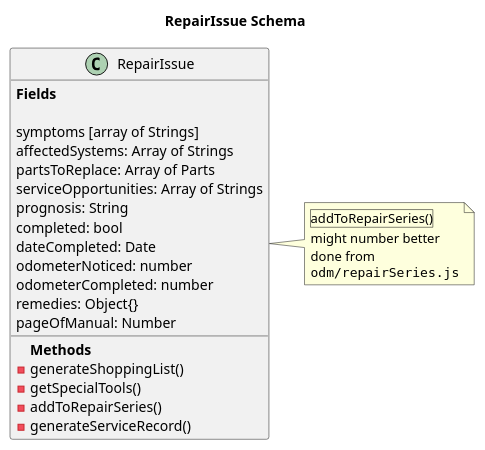
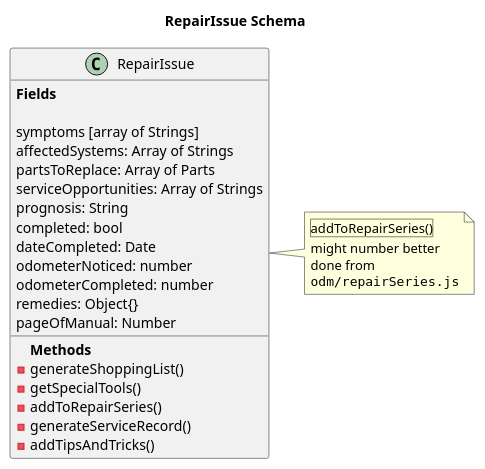
One commit to TwoFistedJustice/manifold changed the diagram in src/app/odm/uml/repairIssue.puml. Above: the diagram before and after it, drawn with PlantUML.

Commit message:
Add tips method to repair issue diagram

```diff
--- a/src/app/odm/uml/repairIssue.puml
+++ b/src/app/odm/uml/repairIssue.puml
@@ -1,37 +1,38 @@
 @startuml
 title  RepairIssue Schema
 
 class RepairIssue {
 {field}<b>Fields</b>
 
 symptoms [array of Strings]
 affectedSystems: Array of Strings
 partsToReplace: Array of Parts
 serviceOpportunities: Array of Strings
 prognosis: String
 completed: bool
 dateCompleted: Date
 odometerNoticed: number
 odometerCompleted: number
 remedies: Object{}
 pageOfManual: Number
 
 
 
 {method}<b>Methods</b>
 - generateShoppingList()
 - getSpecialTools()
 - addToRepairSeries()
 - generateServiceRecord()
+- addTipsAndTricks()
 }
 
 
 note right
 |addToRepairSeries()|
 might number better
 done from
 ""odm/repairSeries.js""
 end note
 
 
 @enduml
```
